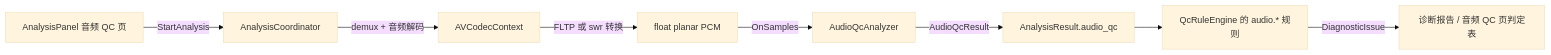
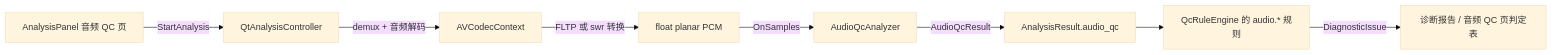
The diagram in docs/AUDIO_QC.md (HZer0K/VideoEye), drawn with Mermaid (base theme) before and after one commit. The commit also changed other lines of this file and 33 other files, not shown here.

First line of the commit message:
refactor: 收口 AnalysisResult/domain 依赖，facade 转 pimpl，删 AnalysisCoordinator 兼容层

````diff
--- a/docs/AUDIO_QC.md
+++ b/docs/AUDIO_QC.md
@@ -8,10 +8,10 @@
 ```mermaid
 flowchart LR
-    UI[AnalysisPanel 音频 QC 页] -->|StartAnalysis| CO[AnalysisCoordinator]
+    UI[AnalysisPanel 音频 QC 页] -->|StartAnalysis| CO[QtAnalysisController]
     CO -->|demux + 音频解码| DEC[AVCodecContext]
     DEC -->|FLTP 或 swr 转换| FLT[float planar PCM]
     FLT -->|OnSamples| AQC[AudioQcAnalyzer]
     AQC -->|AudioQcResult| RES[AnalysisResult.audio_qc]
     RES --> ENG[QcRuleEngine 的 audio.* 规则]
     ENG -->|DiagnosticIssue| REP[诊断报告 / 音频 QC 页判定表]
 ```
````
